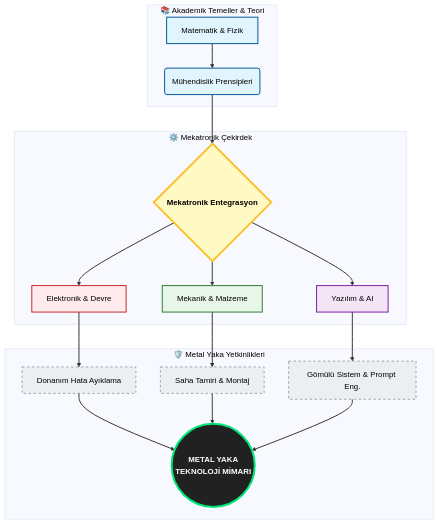
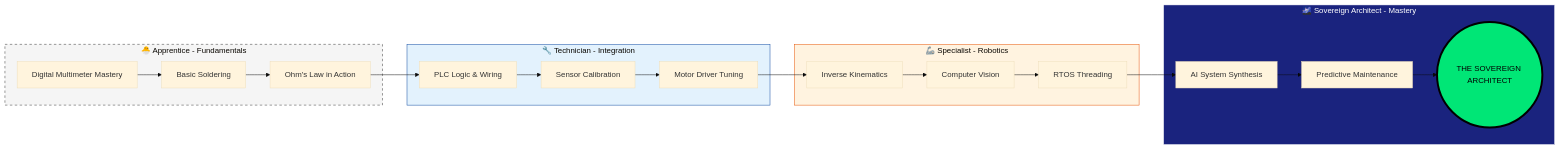
One commit to bahattinyunus/Mekatronik-Zanaat-Rehberi changed the diagram in README.md. Above: the diagram before and after it, drawn with Mermaid (base theme). The commit also changed other lines of this file and 1 other file, not shown here.

Commit message:
style: ULTIMATE UPGRADE - Premium Banner & Hierarchy of Mastery

````diff
--- a/README.md
+++ b/README.md
@@ -22,30 +22,31 @@
 ```mermaid
-graph TD
-    subgraph Kökler [📚 Akademik Temeller & Teori]
-        A[Matematik & Fizik]:::root --> B(Mühendislik Prensipleri):::root
+graph LR
+    subgraph Level1 [🐣 Apprentice - Fundamentals]
+        L1A[Digital Multimeter Mastery] --> L1B[Basic Soldering]
+        L1B --> L1C[Ohm's Law in Action]
     end
 
-    subgraph Gövde [⚙️ Mekatronik Çekirdek]
-        B --> C{Mekatronik Entegrasyon}:::core
-        C --> D[Elektronik & Devre]:::elec
-        C --> E[Mekanik & Malzeme]:::mech
-        C --> F[Yazılım & AI]:::soft
+    subgraph Level2 [🔧 Technician - Integration]
+        L1C --> L2A[PLC Logic & Wiring]
+        L2A --> L2B[Sensor Calibration]
+        L2B --> L2C[Motor Driver Tuning]
     end
 
-    subgraph Meyveler [🛡️ Metal Yaka Yetkinlikleri]
-        D --> G[Donanım Hata Ayıklama]:::skill
-        E --> H[Saha Tamiri & Montaj]:::skill
-        F --> I[Gömülü Sistem & Prompt Eng.]:::skill
-        G & H & I --> J((METAL YAKA\nTEKNOLOJİ MİMARI)):::goal
+    subgraph Level3 [🦾 Specialist - Robotics]
+        L2C --> L3A[Inverse Kinematics]
+        L3A --> L3B[Computer Vision]
+        L3B --> L3C[RTOS Threading]
     end
 
-    classDef root fill:#e1f5fe,stroke:#01579b,stroke-width:2px,color:black;
-    classDef core fill:#fff9c4,stroke:#fbc02d,stroke-width:4px,color:black,font-weight:bold;
-    classDef elec fill:#ffebee,stroke:#c62828,stroke-width:2px,color:black;
-    classDef mech fill:#e8f5e9,stroke:#2e7d32,stroke-width:2px,color:black;
-    classDef soft fill:#f3e5f5,stroke:#7b1fa2,stroke-width:2px,color:black;
-    classDef skill fill:#eceff1,stroke:#455a64,stroke-width:1px,stroke-dasharray: 5 5,color:black;
-    classDef goal fill:#212121,stroke:#00e676,stroke-width:4px,color:#fff,font-weight:bold,font-size:16px;
-    
-    linkStyle default stroke:#333,stroke-width:2px;
+    subgraph Level4 [🌌 Sovereign Architect - Mastery]
+        L3C --> L4A[AI System Synthesis]
+        L4A --> L4B[Predictive Maintenance]
+        L4B --> L4C((THE SOVEREIGN ARCHITECT))
+    end
+
+    style L4C fill:#00e676,stroke:#000,stroke-width:4px,color:#000
+    style Level1 fill:#f5f5f5,stroke:#333,stroke-dasharray: 5 5
+    style Level2 fill:#e3f2fd,stroke:#0d47a1
+    style Level3 fill:#fff3e0,stroke:#e65100
+    style Level4 fill:#1a237e,stroke:#fff,color:#fff
 ```
````
